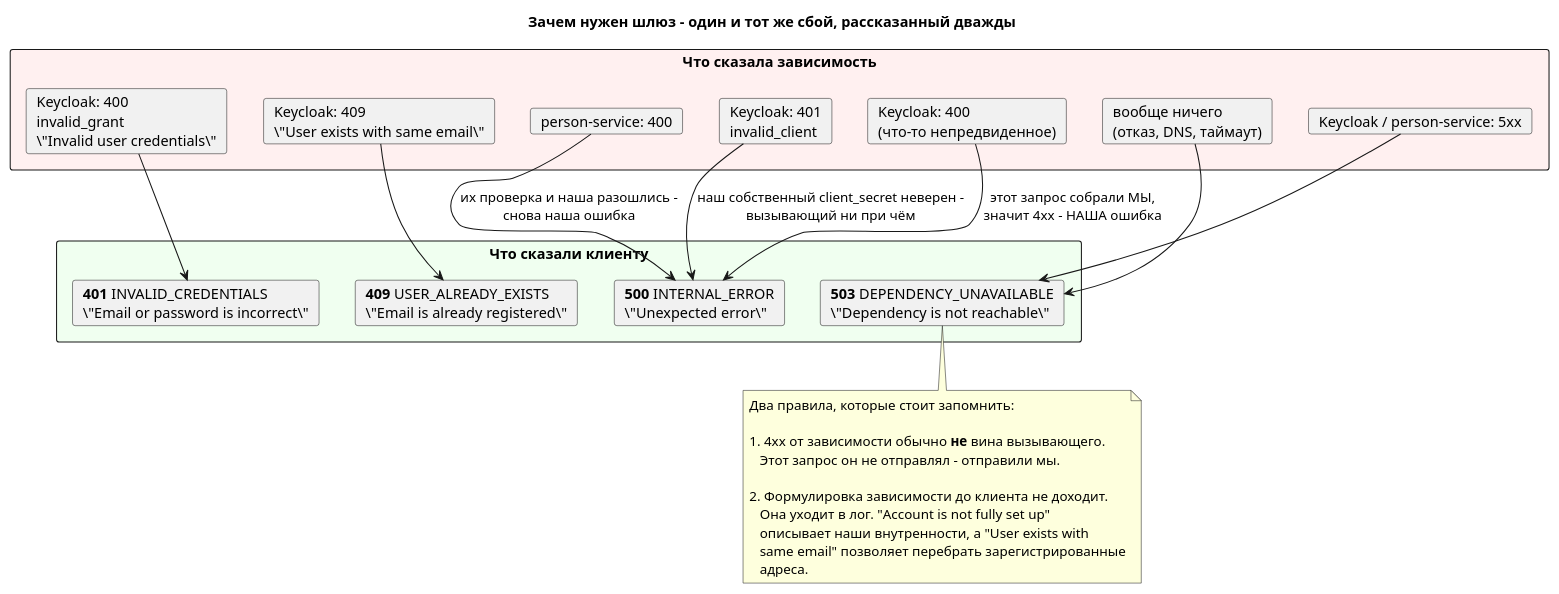
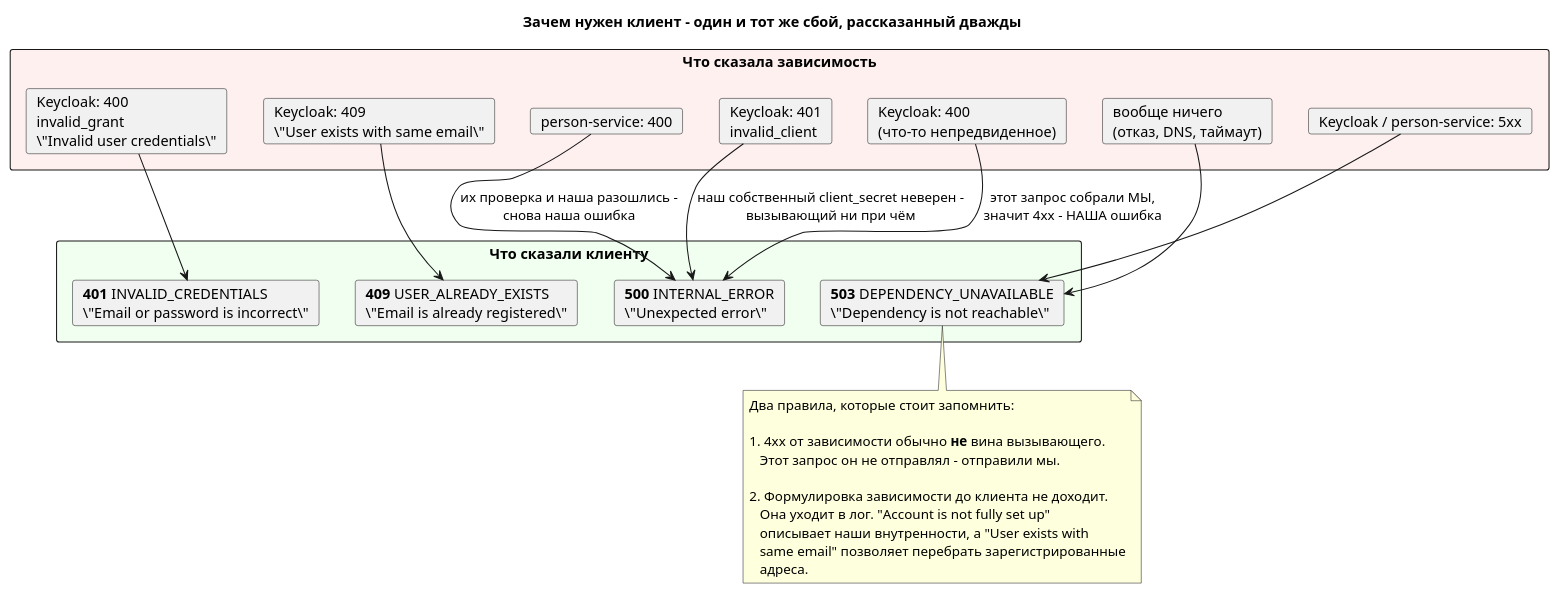
The third of 4 diagrams in docs/puml-ru/gateway-flow.puml (dezxxx/payment-platform), drawn with PlantUML before and after one commit. The commit also changed other lines of this file and 91 other files, not shown here.

First line of the commit message:
refactor: follow the teacher's component diagram and build inside Docker

```diff
--- a/docs/puml-ru/gateway-flow.puml
+++ b/docs/puml-ru/gateway-flow.puml
@@ -223,44 +198,44 @@
 @startuml gateway-translation
-title Зачем нужен шлюз - один и тот же сбой, рассказанный дважды
+title Зачем нужен клиент - один и тот же сбой, рассказанный дважды
 
 skinparam shadowing false
 
 rectangle "Что сказала зависимость" #FFF0F0 {
   card "Keycloak: 400\ninvalid_grant\n\"Invalid user credentials\"" as k1
   card "Keycloak: 401\ninvalid_client" as k2
   card "Keycloak: 409\n\"User exists with same email\"" as k3
   card "Keycloak: 400\n(что-то непредвиденное)" as k4
   card "Keycloak / person-service: 5xx" as k5
   card "вообще ничего\n(отказ, DNS, таймаут)" as k6
   card "person-service: 400" as p1
 }
 
 rectangle "Что сказали клиенту" #F0FFF0 {
   card "**401** INVALID_CREDENTIALS\n\"Email or password is incorrect\"" as o1
   card "**500** INTERNAL_ERROR\n\"Unexpected error\"" as o2
   card "**409** USER_ALREADY_EXISTS\n\"Email is already registered\"" as o3
   card "**503** DEPENDENCY_UNAVAILABLE\n\"Dependency is not reachable\"" as o4
 }
 
 k1 --> o1
 k2 --> o2 : наш собственный client_secret неверен -\nвызывающий ни при чём
 k3 --> o3
 k4 --> o2 : этот запрос собрали МЫ,\nзначит 4xx - НАША ошибка
 p1 --> o2 : их проверка и наша разошлись -\nснова наша ошибка
 k5 --> o4
 k6 --> o4
 
 note bottom
   Два правила, которые стоит запомнить:
 
   1. 4xx от зависимости обычно **не** вина вызывающего.
      Этот запрос он не отправлял - отправили мы.
 
   2. Формулировка зависимости до клиента не доходит.
      Она уходит в лог. "Account is not fully set up"
      описывает наши внутренности, а "User exists with
      same email" позволяет перебрать зарегистрированные
      адреса.
 end note
 
 @enduml
```
